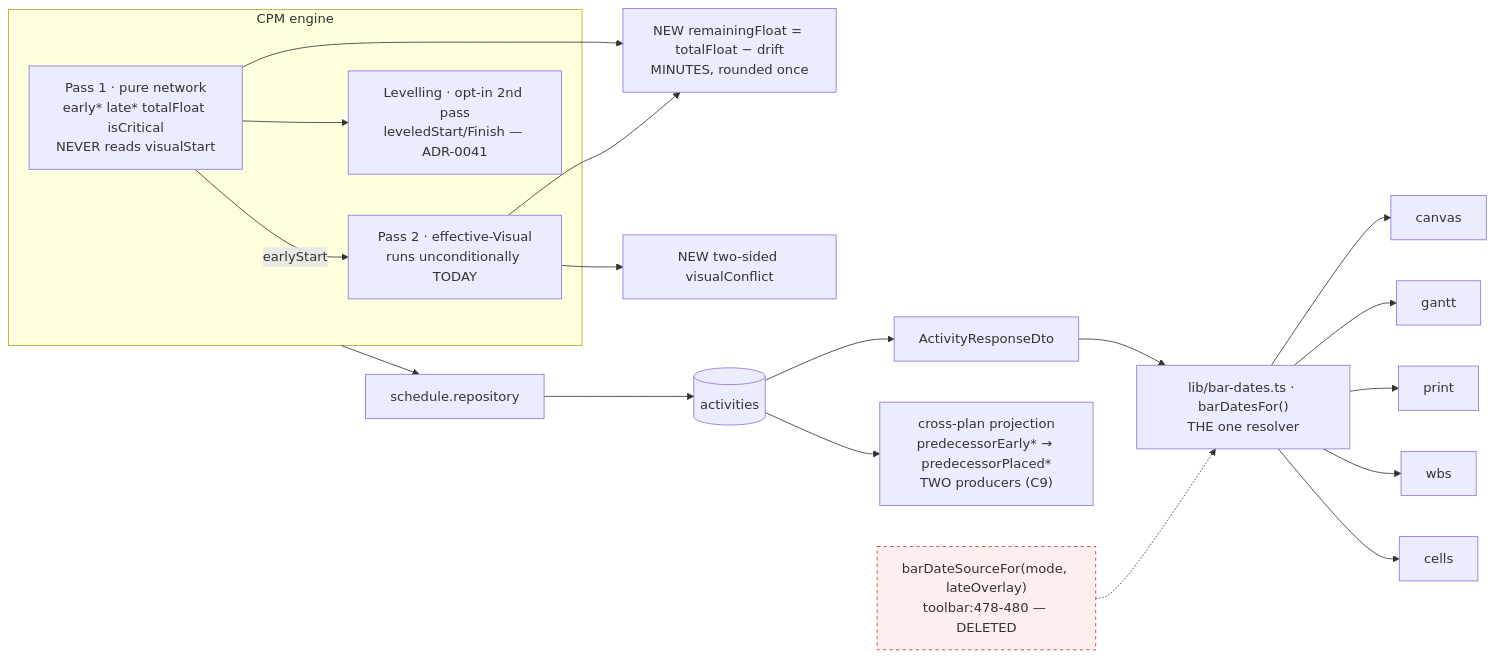
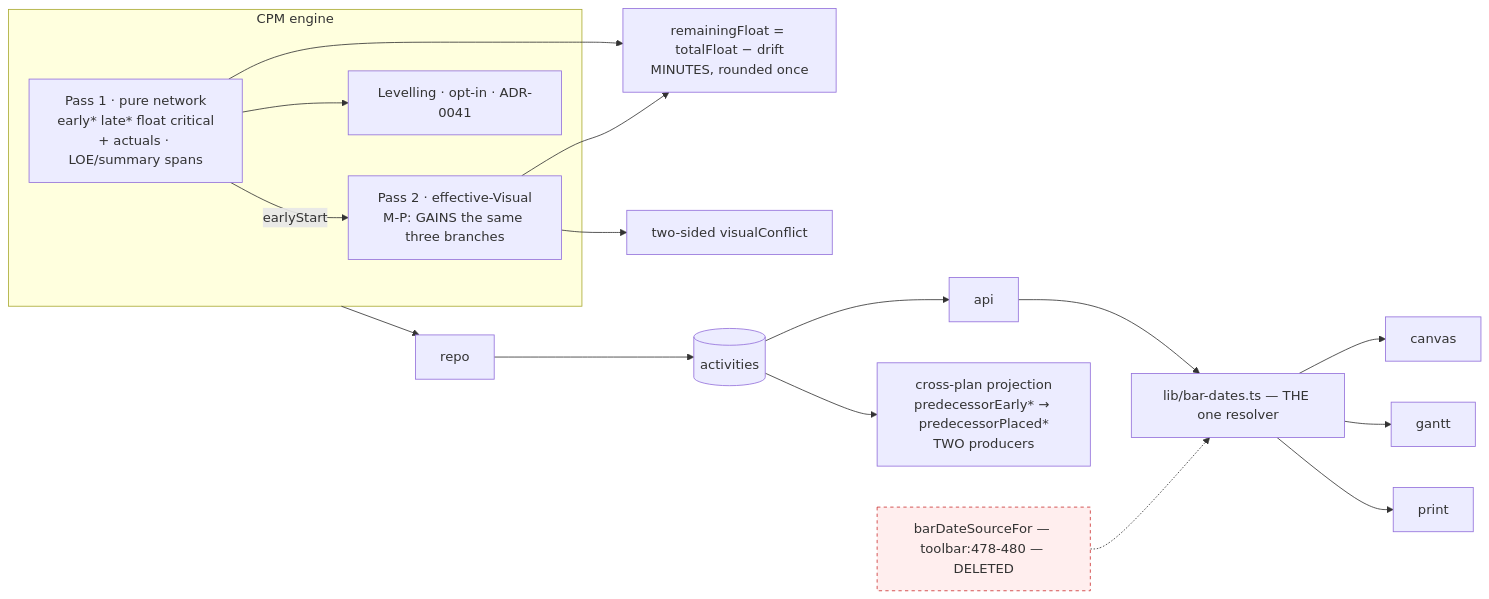
One commit to HuttonHomeHub/SchedulePoint_1 changed the first of 2 diagrams in docs/specs/one-planning-surface/feature-spec.md. Above: the diagram before and after it, drawn with Mermaid. The commit also changed other lines of this file and 4 other files, not shown here.

````diff
--- a/docs/specs/one-planning-surface/feature-spec.md
+++ b/docs/specs/one-planning-surface/feature-spec.md
@@ -375,19 +283,19 @@
 ```mermaid
 flowchart LR
   subgraph engine["CPM engine"]
-    P1["Pass 1 · pure network<br/>early* late* totalFloat isCritical<br/>NEVER reads visualStart"]
-    P2["Pass 2 · effective-Visual<br/>runs unconditionally TODAY"]
-    LV["Levelling · opt-in 2nd pass<br/>leveledStart/Finish — ADR-0041"]
+    P1["Pass 1 · pure network<br/>early* late* float critical<br/>+ actuals · LOE/summary spans"]
+    P2["Pass 2 · effective-Visual<br/>M-P: GAINS the same three branches"]
+    LV["Levelling · opt-in · ADR-0041"]
     P1 -->|earlyStart| P2
     P1 --> LV
   end
-  P1 --> RF["NEW remainingFloat = totalFloat − drift<br/>MINUTES, rounded once"]
+  P1 --> RF["remainingFloat = totalFloat − drift<br/>MINUTES, rounded once"]
   P2 --> RF
-  P2 --> UB["NEW two-sided visualConflict"]
-  engine --> repo["schedule.repository"] --> db[("activities")]
-  db --> api["ActivityResponseDto"] --> bar["lib/bar-dates.ts · barDatesFor()<br/>THE one resolver"]
-  bar --> canvas & gantt & print & wbs & cells
-  db --> xplan["cross-plan projection<br/>predecessorEarly* → predecessorPlaced*<br/>TWO producers (C9)"]
+  P2 --> UB["two-sided visualConflict"]
+  engine --> repo --> db[("activities")]
+  db --> api --> bar["lib/bar-dates.ts — THE one resolver"]
+  bar --> canvas & gantt & print
+  db --> xplan["cross-plan projection<br/>predecessorEarly* → predecessorPlaced*<br/>TWO producers"]
   classDef gone fill:#fee,stroke:#c33,stroke-dasharray:4
-  mode["barDateSourceFor(mode, lateOverlay)<br/>toolbar:478-480 — DELETED"]:::gone -.-> bar
+  mode["barDateSourceFor — toolbar:478-480 — DELETED"]:::gone -.-> bar
 ```
````
